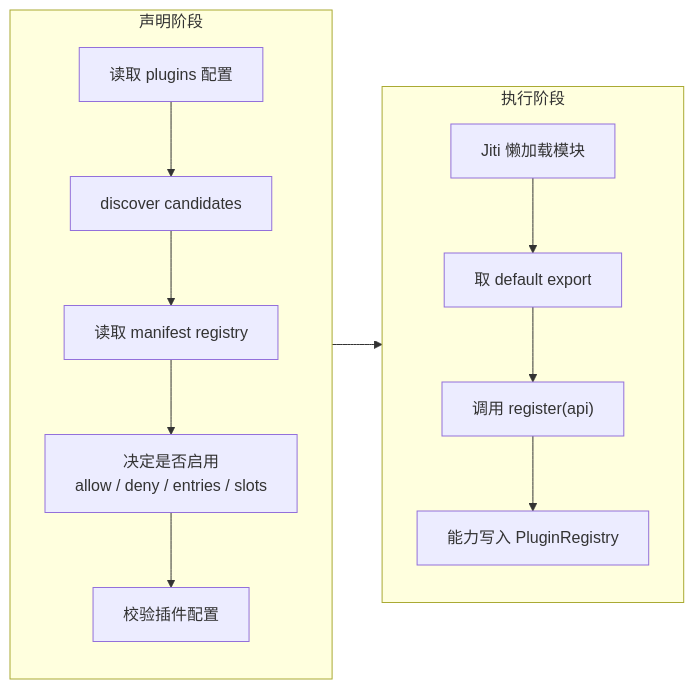
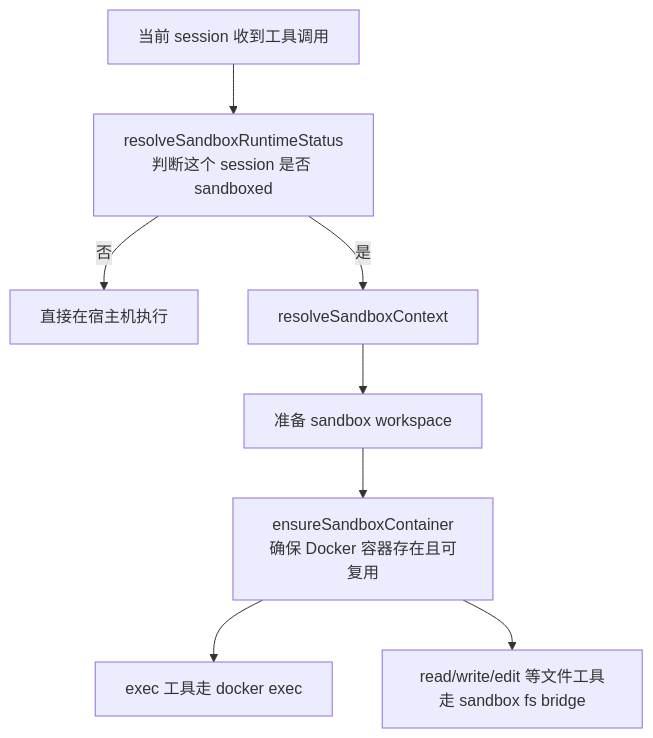
The second of 6 diagrams in source/_posts/2026-03-15-安全模型.md (Qxiaoqi/blog-solitude), drawn with Mermaid before and after one commit. The commit also changed other lines of this file and 7 other files, not shown here.

````diff
--- a/source/_posts/2026-03-15-安全模型.md
+++ b/source/_posts/2026-03-15-安全模型.md
@@ -416,19 +219,10 @@
-{% mermaid %}
-flowchart LR
-    subgraph S1["声明阶段"]
-        direction TB
-        A["读取 plugins 配置"] --> B["discover candidates"]
-        B --> C["读取 manifest registry"]
-        C --> D["决定是否启用<br/>allow / deny / entries / slots"]
-        D --> E["校验插件配置"]
-    end
-
-    subgraph S2["执行阶段"]
-        direction TB
-        F["Jiti 懒加载模块"] --> G["取 default export"]
-        G --> H["调用 register(api)"]
-        H --> I["能力写入 PluginRegistry"]
-    end
-
-    E --> F
-{% endmermaid %}
+```mermaid
+flowchart TD
+    A["当前 session 收到工具调用"] --> B["resolveSandboxRuntimeStatus<br/>判断这个 session 是否 sandboxed"]
+    B -->|否| H["直接在宿主机执行"]
+    B -->|是| C["resolveSandboxContext"]
+    C --> D["准备 sandbox workspace"]
+    D --> E["ensureSandboxContainer<br/>确保 Docker 容器存在且可复用"]
+    E --> F["exec 工具走 docker exec"]
+    E --> G["read/write/edit 等文件工具走 sandbox fs bridge"]
+```
````
